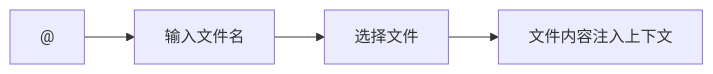
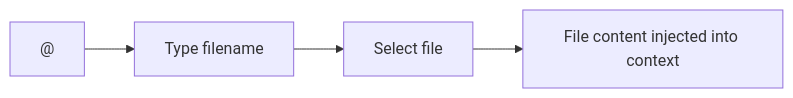
One commit to DDR187/cursor-howto changed the second of 3 diagrams in 04-chat/README.md. Above: the diagram before and after it, drawn with Mermaid. The commit also changed other lines of this file and 22 other files, not shown here.

````diff
--- a/04-chat/README.md
+++ b/04-chat/README.md
@@ -98,6 +98,6 @@
 ```mermaid
 flowchart LR
-    A["@"] --> B[输入文件名]
-    B --> C[选择文件]
-    C --> D[文件内容注入上下文]
+    A["@"] --> B[Type filename]
+    B --> C[Select file]
+    C --> D[File content injected into context]
 ```
````
